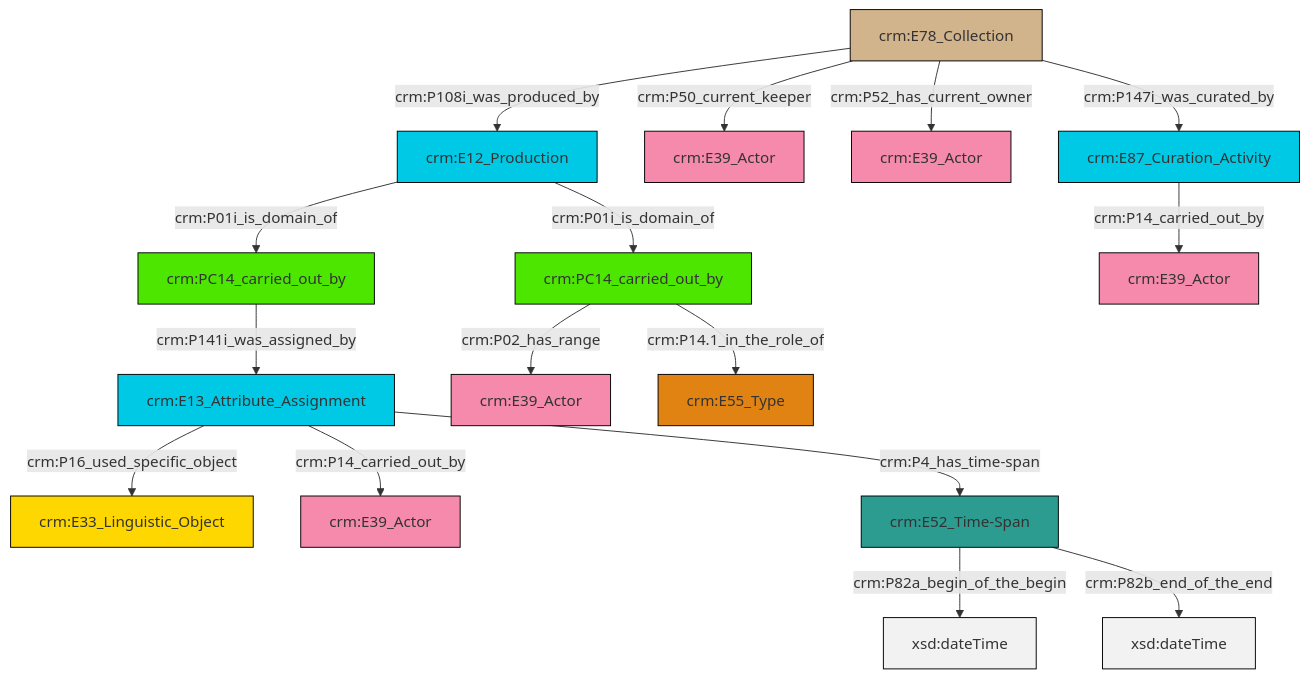
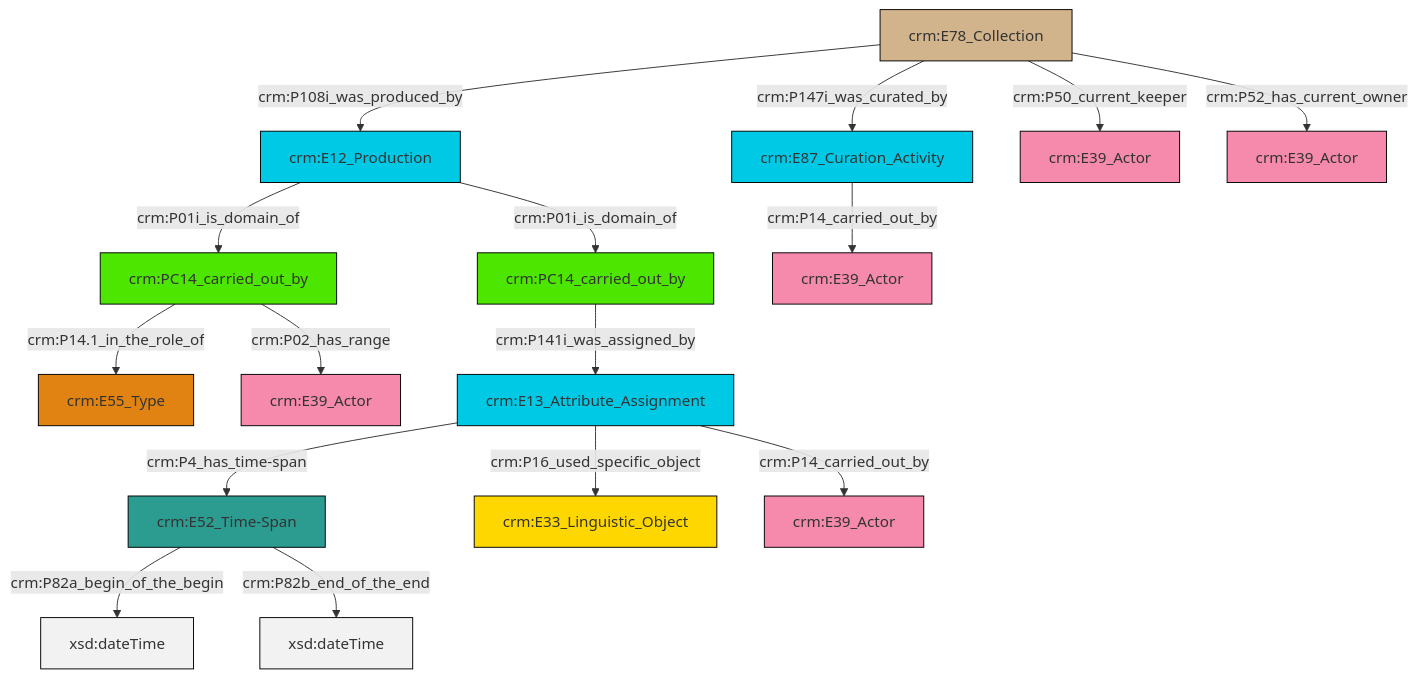
Before and after one commit to swiss-art-research-net/docs.swissartresearch: the diagram in et/archivalCSV/ttl/mmd/archival_relation.ttl.mmd, drawn with Mermaid. The commit also changed 208 other files, not shown here.

```diff
--- a/et/archivalCSV/ttl/mmd/archival_relation.ttl.mmd
+++ b/et/archivalCSV/ttl/mmd/archival_relation.ttl.mmd
@@ -1,30 +1,30 @@
 graph TD
 classDef Literal fill:#f2f2f2,stroke:#000000;
 classDef CRM_Entity fill:#FFFFFF,stroke:#000000;
 classDef Temporal_Entity fill:#00C9E6, stroke:#000000;
 classDef Type fill:#E18312, stroke:#000000;
 classDef Time-Span fill:#2C9C91, stroke:#000000;
 classDef Appellation fill:#FFEB7F, stroke:#000000;
 classDef Place fill:#008836, stroke:#000000;
 classDef Persistent_Item fill:#B266B2, stroke:#000000;
 classDef Conceptual_Object fill:#FFD700, stroke:#000000;
 classDef Physical_Thing fill:#D2B48C, stroke:#000000;
 classDef Actor fill:#f58aad, stroke:#000000;
 classDef PC_Classes fill:#4ce600, stroke:#000000;
 classDef Multi fill:#cccccc,stroke:#000000;
 
-0["crm:E78_Collection"]:::Physical_Thing -->|crm:P108i_was_produced_by| 1["crm:E12_Production"]:::Temporal_Entity
-1["crm:E12_Production"]:::Temporal_Entity -->|crm:P01i_is_domain_of| 4["crm:PC14_carried_out_by"]:::PC_Classes
-0["crm:E78_Collection"]:::Physical_Thing -->|crm:P50_current_keeper| 5["crm:E39_Actor"]:::Actor
-7["crm:E87_Curation_Activity"]:::Temporal_Entity -->|crm:P14_carried_out_by| 8["crm:E39_Actor"]:::Actor
-15["crm:E13_Attribute_Assignment"]:::Temporal_Entity -->|crm:P16_used_specific_object| 2["crm:E33_Linguistic_Object"]:::Conceptual_Object
-4["crm:PC14_carried_out_by"]:::PC_Classes -->|crm:P141i_was_assigned_by| 15["crm:E13_Attribute_Assignment"]:::Temporal_Entity
-15["crm:E13_Attribute_Assignment"]:::Temporal_Entity -->|crm:P14_carried_out_by| 23["crm:E39_Actor"]:::Actor
-24["crm:E52_Time-Span"]:::Time-Span -->|crm:P82a_begin_of_the_begin| 25[xsd:dateTime]:::Literal
-1["crm:E12_Production"]:::Temporal_Entity -->|crm:P01i_is_domain_of| 19["crm:PC14_carried_out_by"]:::PC_Classes
-0["crm:E78_Collection"]:::Physical_Thing -->|crm:P52_has_current_owner| 13["crm:E39_Actor"]:::Actor
-15["crm:E13_Attribute_Assignment"]:::Temporal_Entity -->|crm:P4_has_time-span| 24["crm:E52_Time-Span"]:::Time-Span
-19["crm:PC14_carried_out_by"]:::PC_Classes -->|crm:P02_has_range| 10["crm:E39_Actor"]:::Actor
-19["crm:PC14_carried_out_by"]:::PC_Classes -->|crm:P14.1_in_the_role_of| 21["crm:E55_Type"]:::Type
-24["crm:E52_Time-Span"]:::Time-Span -->|crm:P82b_end_of_the_end| 28[xsd:dateTime]:::Literal
-0["crm:E78_Collection"]:::Physical_Thing -->|crm:P147i_was_curated_by| 7["crm:E87_Curation_Activity"]:::Temporal_Entity
+2["crm:PC14_carried_out_by"]:::PC_Classes -->|crm:P14.1_in_the_role_of| 0["crm:E55_Type"]:::Type
+7["crm:E78_Collection"]:::Physical_Thing -->|crm:P147i_was_curated_by| 8["crm:E87_Curation_Activity"]:::Temporal_Entity
+12["crm:E12_Production"]:::Temporal_Entity -->|crm:P01i_is_domain_of| 13["crm:PC14_carried_out_by"]:::PC_Classes
+7["crm:E78_Collection"]:::Physical_Thing -->|crm:P50_current_keeper| 14["crm:E39_Actor"]:::Actor
+7["crm:E78_Collection"]:::Physical_Thing -->|crm:P108i_was_produced_by| 12["crm:E12_Production"]:::Temporal_Entity
+16["crm:E13_Attribute_Assignment"]:::Temporal_Entity -->|crm:P14_carried_out_by| 17["crm:E39_Actor"]:::Actor
+13["crm:PC14_carried_out_by"]:::PC_Classes -->|crm:P141i_was_assigned_by| 16["crm:E13_Attribute_Assignment"]:::Temporal_Entity
+2["crm:PC14_carried_out_by"]:::PC_Classes -->|crm:P02_has_range| 10["crm:E39_Actor"]:::Actor
+16["crm:E13_Attribute_Assignment"]:::Temporal_Entity -->|crm:P16_used_specific_object| 5["crm:E33_Linguistic_Object"]:::Conceptual_Object
+3["crm:E52_Time-Span"]:::Time-Span -->|crm:P82a_begin_of_the_begin| 21[xsd:dateTime]:::Literal
+12["crm:E12_Production"]:::Temporal_Entity -->|crm:P01i_is_domain_of| 2["crm:PC14_carried_out_by"]:::PC_Classes
+7["crm:E78_Collection"]:::Physical_Thing -->|crm:P52_has_current_owner| 19["crm:E39_Actor"]:::Actor
+3["crm:E52_Time-Span"]:::Time-Span -->|crm:P82b_end_of_the_end| 23[xsd:dateTime]:::Literal
+16["crm:E13_Attribute_Assignment"]:::Temporal_Entity -->|crm:P4_has_time-span| 3["crm:E52_Time-Span"]:::Time-Span
+8["crm:E87_Curation_Activity"]:::Temporal_Entity -->|crm:P14_carried_out_by| 24["crm:E39_Actor"]:::Actor
```
